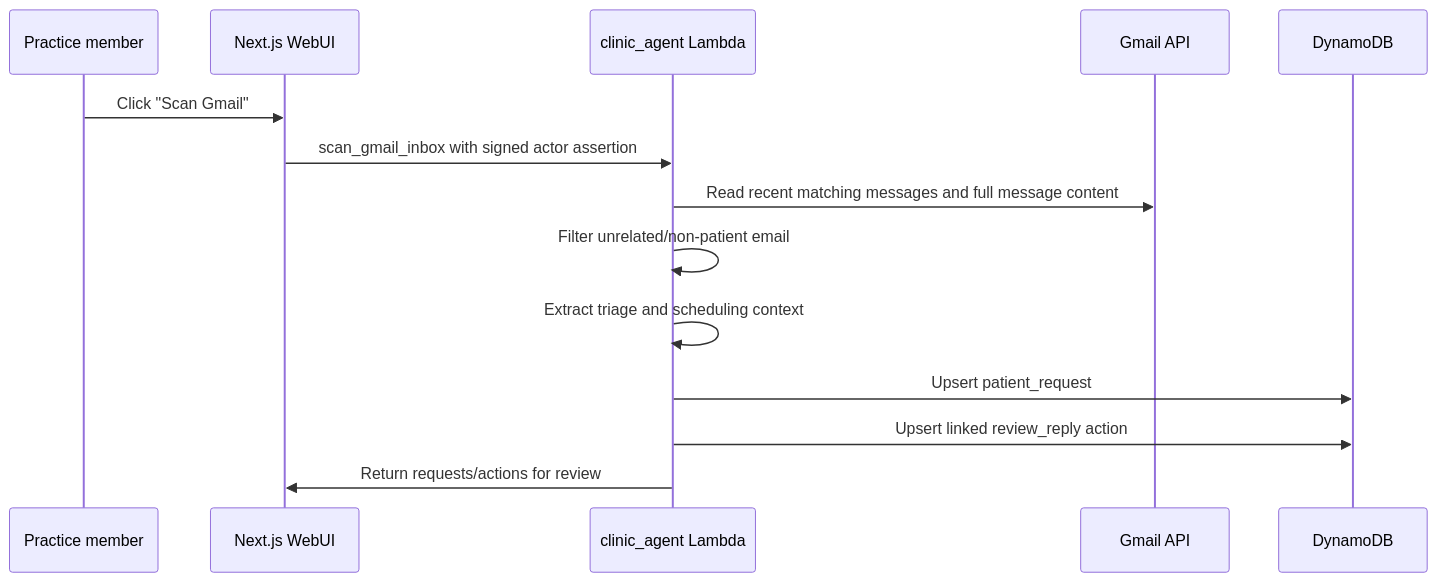
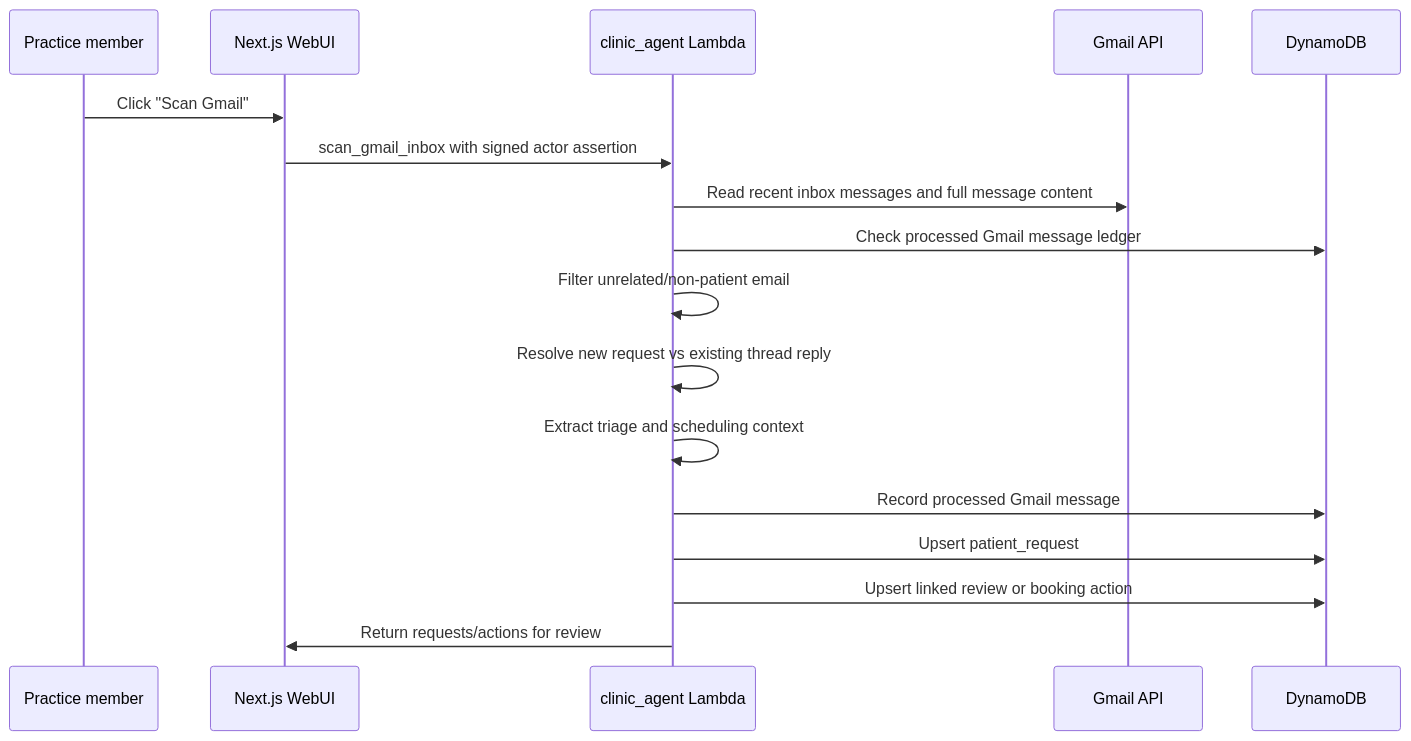
Before and after one commit to suhanisho/infiapp: the third of 5 diagrams in docs/high-level-design.md, drawn with Mermaid. The commit also changed other lines of this file and 8 other files, not shown here.

````diff
--- a/docs/high-level-design.md
+++ b/docs/high-level-design.md
@@ -280,17 +328,20 @@
 ```mermaid
 sequenceDiagram
     participant User as Practice member
     participant Web as Next.js WebUI
     participant Lambda as clinic_agent Lambda
     participant Gmail as Gmail API
     participant DB as DynamoDB
 
     User->>Web: Click "Scan Gmail"
     Web->>Lambda: scan_gmail_inbox with signed actor assertion
-    Lambda->>Gmail: Read recent matching messages and full message content
+    Lambda->>Gmail: Read recent inbox messages and full message content
+    Lambda->>DB: Check processed Gmail message ledger
     Lambda->>Lambda: Filter unrelated/non-patient email
+    Lambda->>Lambda: Resolve new request vs existing thread reply
     Lambda->>Lambda: Extract triage and scheduling context
+    Lambda->>DB: Record processed Gmail message
     Lambda->>DB: Upsert patient_request
-    Lambda->>DB: Upsert linked review_reply action
+    Lambda->>DB: Upsert linked review or booking action
     Lambda->>Web: Return requests/actions for review
 ```
````
